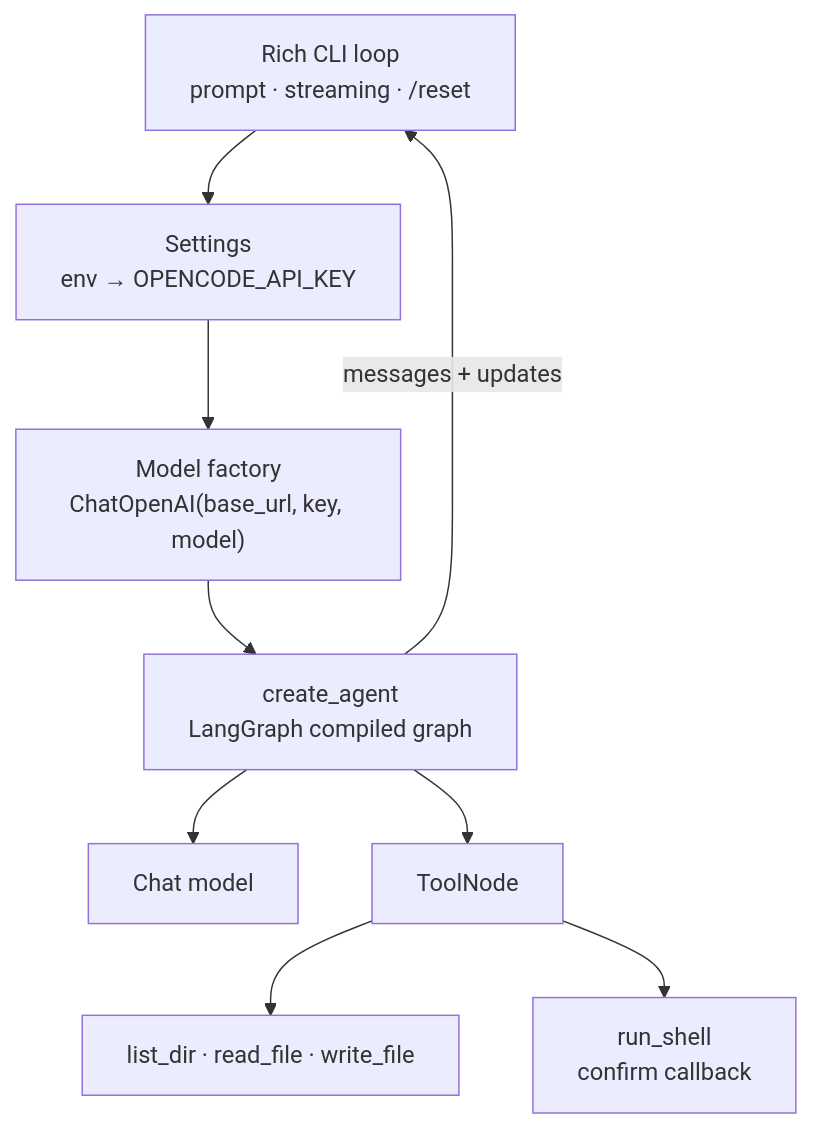
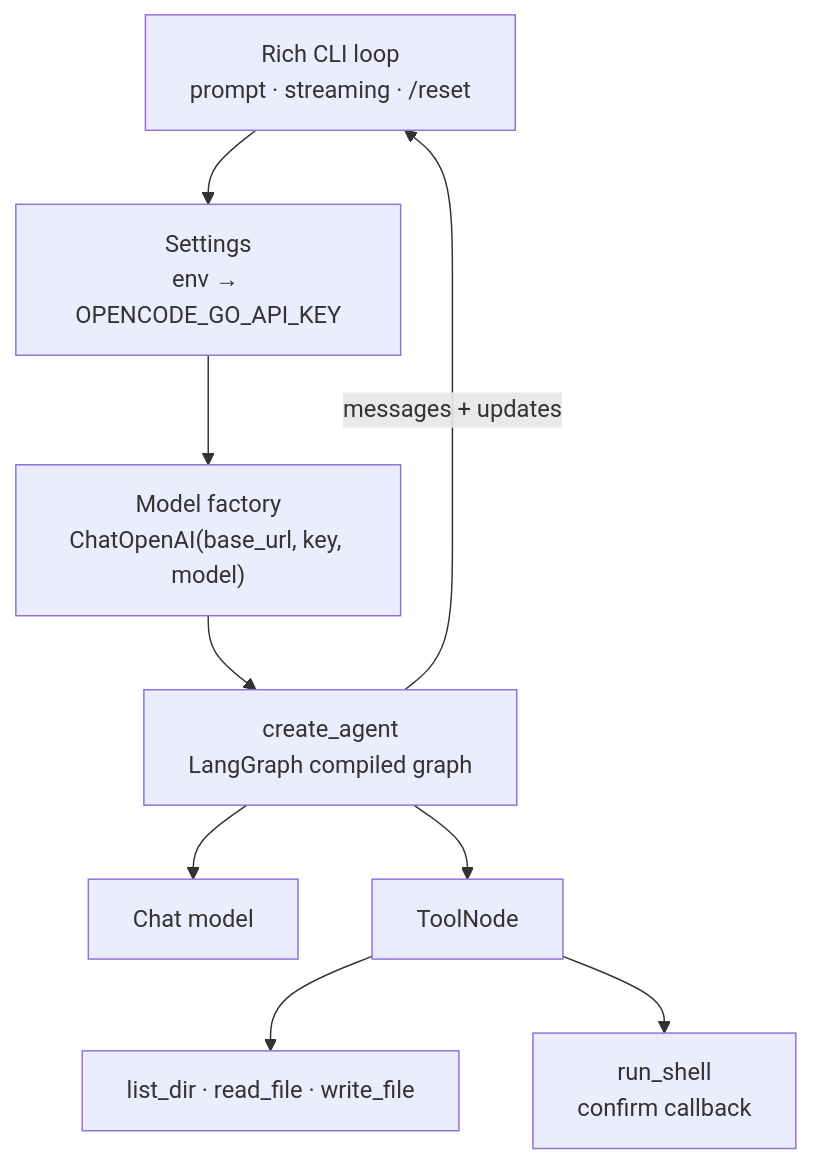
The diagram in docs/plans/2026-11-20-1054-feat-langgraph-code-agent-plan.md (Ashitaka-Laputa-IV/baby-langgraph-code-agent), drawn with Mermaid before and after one commit. The commit also changed other lines of this file and 7 other files, not shown here.

First line of the commit message:
fix: use the OPENCODE_GO_API_KEY variable and send the session header

````diff
--- a/docs/plans/2026-11-20-1054-feat-langgraph-code-agent-plan.md
+++ b/docs/plans/2026-11-20-1054-feat-langgraph-code-agent-plan.md
@@ -93,11 +93,11 @@
 ```mermaid
 flowchart TB
-  CLI["Rich CLI loop<br/>prompt · streaming · /reset"] --> Settings["Settings<br/>env → OPENCODE_API_KEY"]
+  CLI["Rich CLI loop<br/>prompt · streaming · /reset"] --> Settings["Settings<br/>env → OPENCODE_GO_API_KEY"]
   Settings --> Factory["Model factory<br/>ChatOpenAI(base_url, key, model)"]
   Factory --> Agent["create_agent<br/>LangGraph compiled graph"]
   Agent --> Model["Chat model"]
   Agent --> Tools["ToolNode"]
   Tools --> FS["list_dir · read_file · write_file"]
   Tools --> Shell["run_shell<br/>confirm callback"]
   Agent -->|"messages + updates"| CLI
 ```
````
